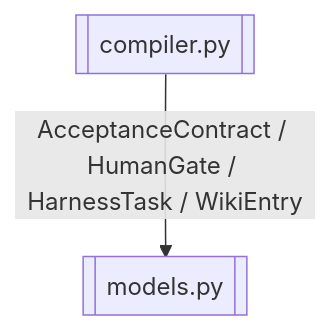
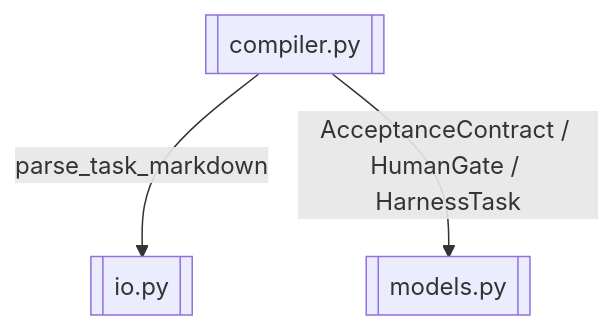
The diagram in docs/_tech_graph/30_compiler.md (Cyning12/cyning-harness-probe), drawn with Mermaid before and after one commit. The commit also changed other lines of this file and 34 other files, not shown here.

First line of the commit message:
docs(tech-graph): rebuild docs/_tech_graph without .ai.md

````diff
--- a/docs/_tech_graph/30_compiler.md
+++ b/docs/_tech_graph/30_compiler.md
@@ -17,7 +17,9 @@
 ```mermaid
 flowchart TD
     COMPILER[["compiler.py"]]
+    IO[["io.py"]]
     MODELS[["models.py"]]
-    COMPILER --"AcceptanceContract / HumanGate / HarnessTask / WikiEntry"--> MODELS
+    COMPILER --"parse_task_markdown"--> IO
+    COMPILER --"AcceptanceContract / HumanGate / HarnessTask"--> MODELS
     %% 锚点：见 YAML 源 edges[].anchors
 ```
````
